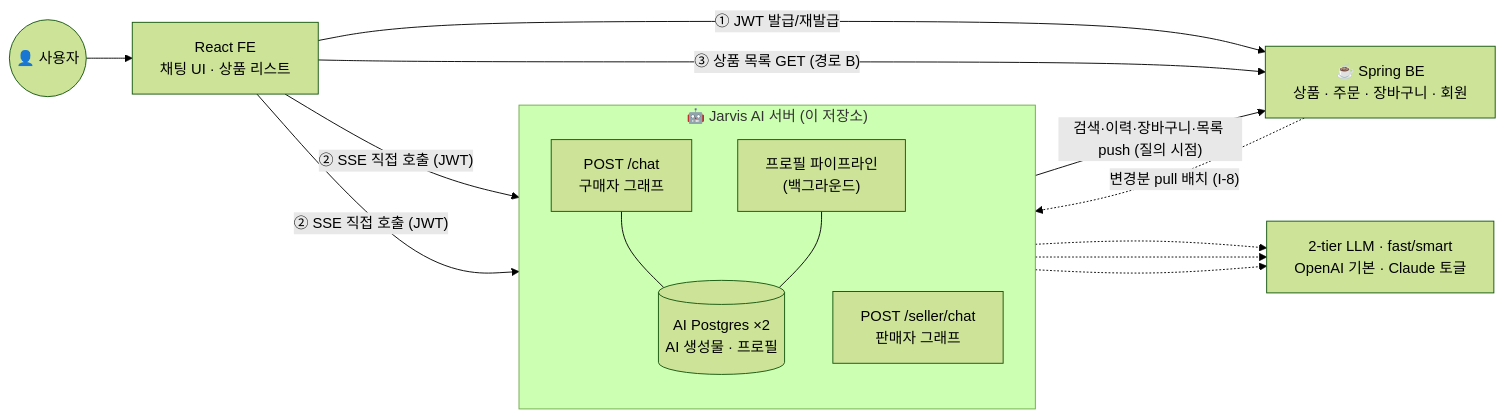
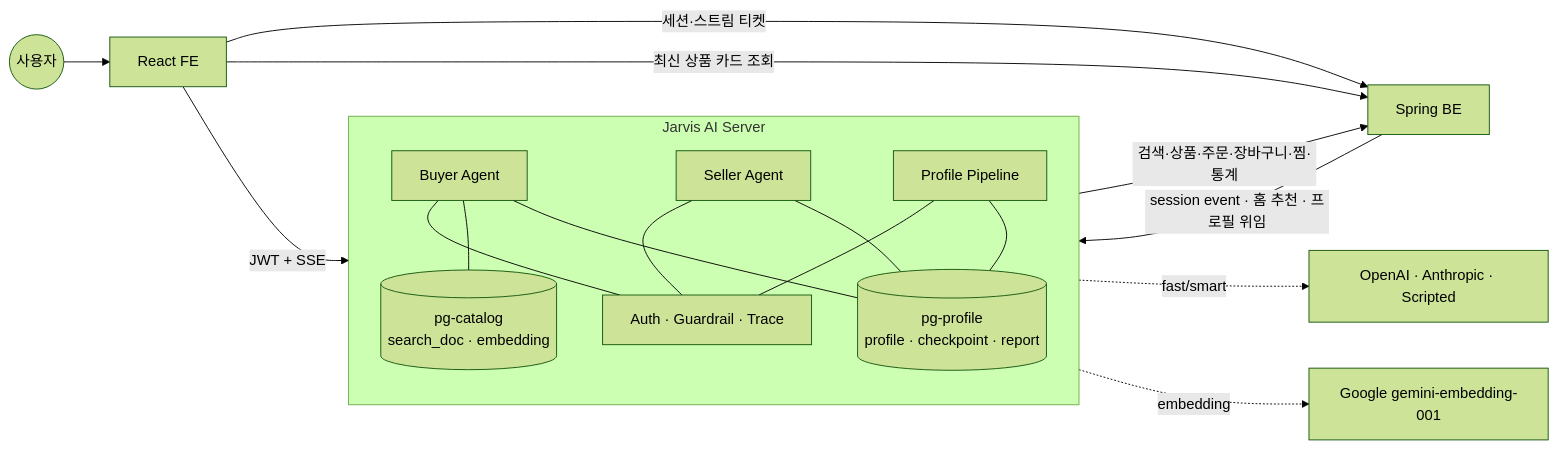
One commit to toss-delta-final/jarvis-ai changed the diagram in README.md. Above: the diagram before and after it, drawn with Mermaid (forest theme). The commit also changed other lines of this file, not shown here.

````diff
--- a/README.md
+++ b/README.md
@@ -43,25 +46,28 @@
 ```mermaid
 flowchart LR
-    User(("👤 사용자"))
-    FE["React FE<br/>채팅 UI · 상품 리스트"]
-    subgraph AI["🤖 Jarvis AI 서버 (이 저장소)"]
-        direction TB
-        Chat["POST /chat<br/>구매자 그래프"]
-        Seller["POST /seller/chat<br/>판매자 그래프"]
-        Profile["프로필 파이프라인<br/>(백그라운드)"]
-        PG[("AI Postgres ×2<br/>AI 생성물 · 프로필")]
-        Chat --- PG
-        Profile --- PG
+    User((사용자)) --> FE[React FE]
+    FE -- 세션·스트림 티켓 --> Spring[Spring BE]
+    FE -- JWT + SSE --> AI
+    FE -- 최신 상품 카드 조회 --> Spring
+
+    subgraph AI[Jarvis AI Server]
+        Buyer[Buyer Agent]
+        Seller[Seller Agent]
+        Profile[Profile Pipeline]
+        Guard[Auth · Guardrail · Trace]
+        Catalog[(pg-catalog\nsearch_doc · embedding)]
+        ProfileDB[(pg-profile\nprofile · checkpoint · report)]
+        Buyer --- Guard
+        Seller --- Guard
+        Profile --- Guard
+        Buyer --- Catalog
+        Buyer --- ProfileDB
+        Seller --- ProfileDB
+        Profile --- ProfileDB
     end
-    Spring["☕ Spring BE<br/>상품 · 주문 · 장바구니 · 회원"]
-    LLM["2-tier LLM · fast/smart<br/>OpenAI 기본 · Claude 토글"]
 
-    User --> FE
-    FE -- "① JWT 발급/재발급" --> Spring
-    FE -- "② SSE 직접 호출 (JWT)" --> Chat
-    FE -- "② SSE 직접 호출 (JWT)" --> Seller
-    Chat -- "검색·이력·장바구니·목록 push (질의 시점)" --> Spring
-    FE -- "③ 상품 목록 GET (경로 B)" --> Spring
-    Chat & Seller & Profile -.-> LLM
-    Spring -. "변경분 pull 배치 (I-8)" .-> PG
+    AI -- 검색·상품·주문·장바구니·찜·통계 --> Spring
+    Spring -- session event · 홈 추천 · 프로필 위임 --> AI
+    AI -. fast/smart .-> LLM[OpenAI · Anthropic · Scripted]
+    AI -. embedding .-> Gemini[Google gemini-embedding-001]
 ```
````
